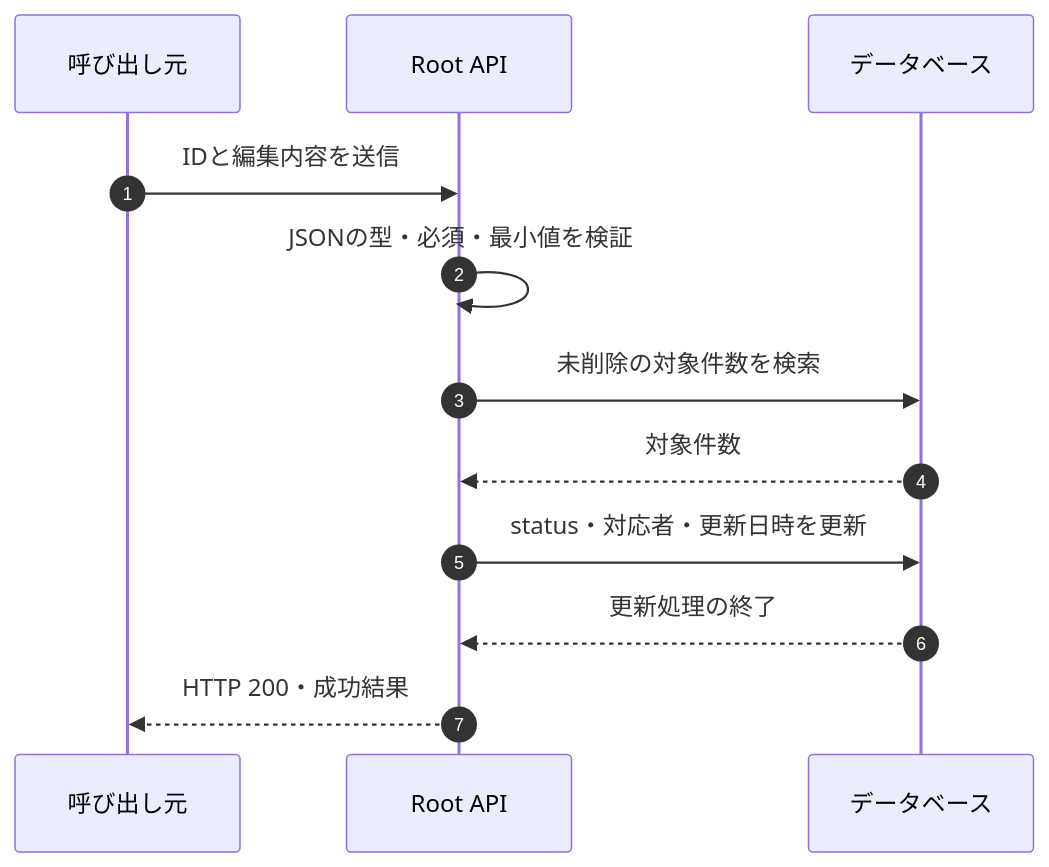
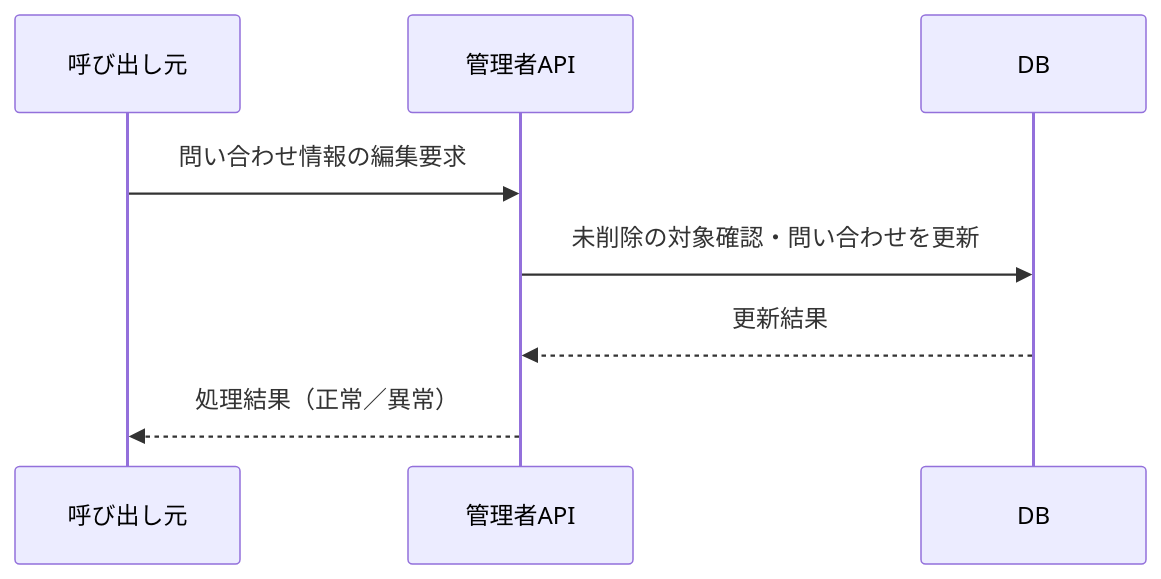
The first of 2 diagrams in ha-docs/design/05_rootapi/設計書_5.10.2.問い合わせ情報編集API.md (kohei-okazaki/work-3g), drawn with Mermaid before and after one commit. The commit also changed other lines of this file and 67 other files, not shown here.

````diff
--- a/ha-docs/design/05_rootapi/設計書_5.10.2.問い合わせ情報編集API.md
+++ b/ha-docs/design/05_rootapi/設計書_5.10.2.問い合わせ情報編集API.md
@@ -87,14 +10,10 @@
 ```mermaid
 sequenceDiagram
-    autonumber
-    participant Client as 呼び出し元
-    participant API as Root API
-    participant DB as データベース
-    Client->>API: IDと編集内容を送信
-    API->>API: JSONの型・必須・最小値を検証
-    API->>DB: 未削除の対象件数を検索
-    DB-->>API: 対象件数
-    API->>DB: status・対応者・更新日時を更新
-    DB-->>API: 更新処理の終了
-    API-->>Client: HTTP 200・成功結果
+    participant C as 呼び出し元
+    participant A as 管理者API
+    participant D as DB
+    C->>A: 問い合わせ情報の編集要求
+    A->>D: 未削除の対象確認・問い合わせを更新
+    D-->>A: 更新結果
+    A-->>C: 処理結果（正常／異常）
 ```
````
